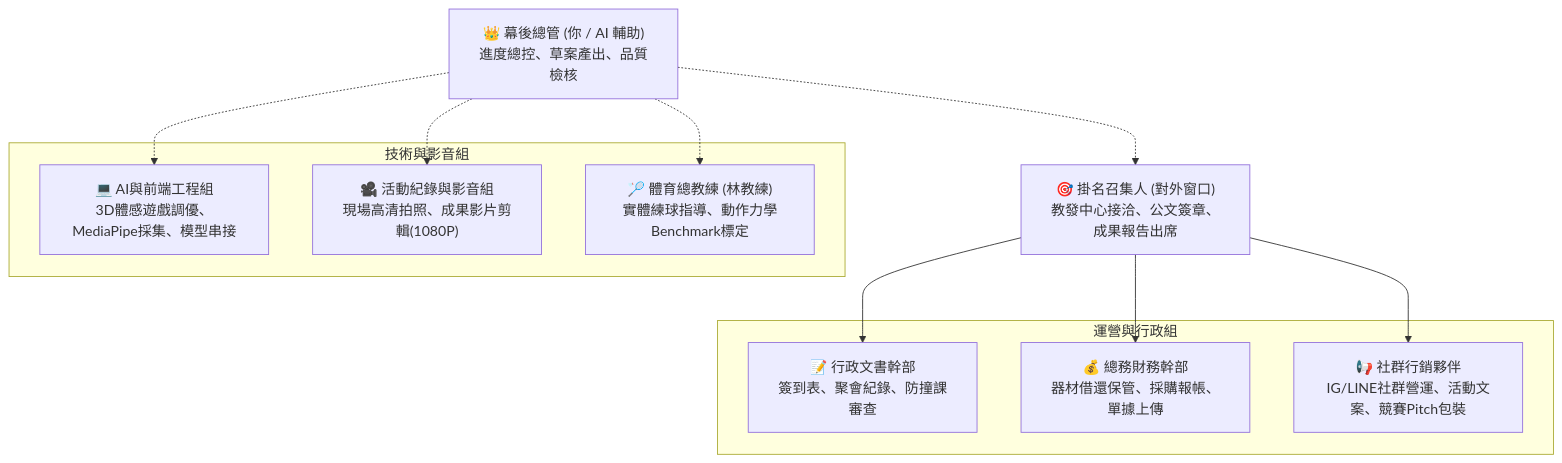
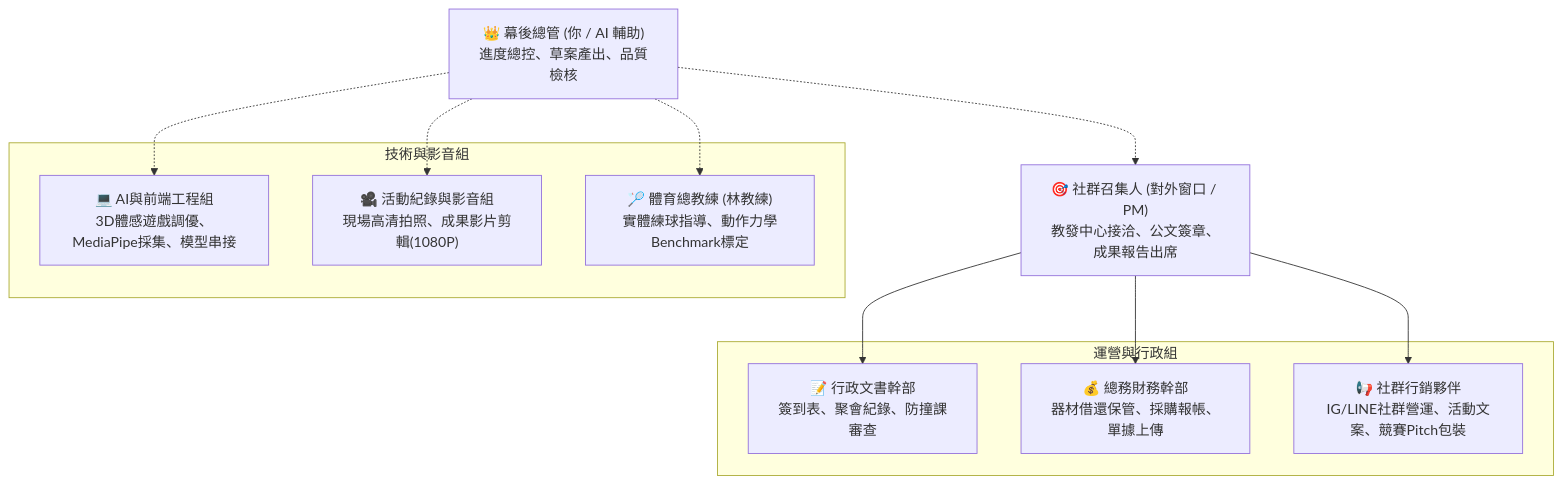
The diagram in 00_總管理手冊_SOP/01_全體幹部與成員完整工作職掌手冊.md (KalmanGoose/nchu-pickleball-recruit), drawn with Mermaid before and after one commit. The commit also changed other lines of this file and 6 other files, not shown here.

````diff
--- a/00_總管理手冊_SOP/01_全體幹部與成員完整工作職掌手冊.md
+++ b/00_總管理手冊_SOP/01_全體幹部與成員完整工作職掌手冊.md
@@ -9,25 +9,25 @@
 ```mermaid
 graph TD
     SuperAdmin["👑 幕後總管 (你 / AI 輔助)<br>進度總控、草案產出、品質檢核"]
-    Convener["🎯 掛名召集人 (對外窗口)<br>教發中心接洽、公文簽章、成果報告出席"]
+    Convener["🎯 社群召集人 (對外窗口 / PM)<br>教發中心接洽、公文簽章、成果報告出席"]
     
     subgraph 運營與行政組
         Admin["📝 行政文書幹部<br>簽到表、聚會紀錄、防撞課審查"]
         Finance["💰 總務財務幹部<br>器材借還保管、採購報帳、單據上傳"]
         Marketing["📢 社群行銷夥伴<br>IG/LINE社群營運、活動文案、競賽Pitch包裝"]
     end
 
     subgraph 技術與影音組
         Tech["💻 AI與前端工程組<br>3D體感遊戲調優、MediaPipe採集、模型串接"]
         Media["🎥 活動紀錄與影音組<br>現場高清拍照、成果影片剪輯(1080P)"]
         Coach["🏸 體育總教練 (林教練)<br>實體練球指導、動作力學Benchmark標定"]
     end
 
     SuperAdmin -.-> Convener
     Convener --> Admin
     Convener --> Finance
     Convener --> Marketing
     SuperAdmin -.-> Tech
     SuperAdmin -.-> Media
     SuperAdmin -.-> Coach
 ```
````
